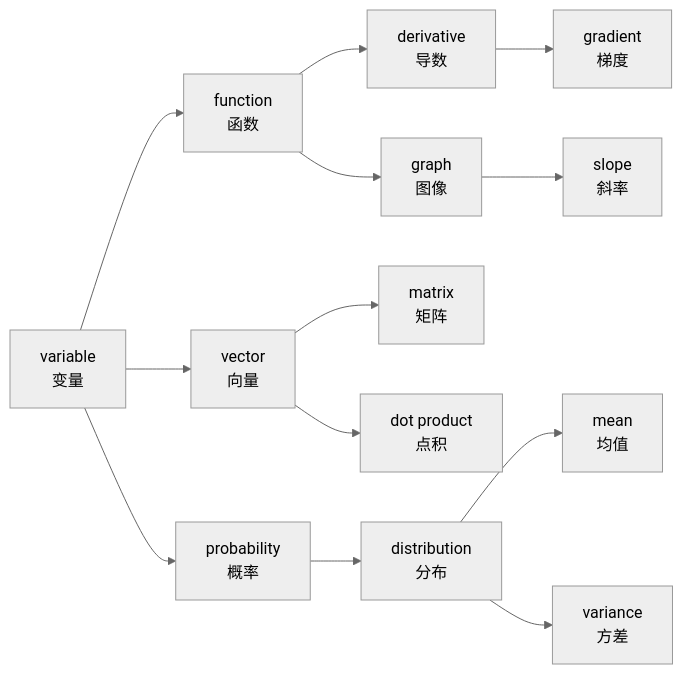
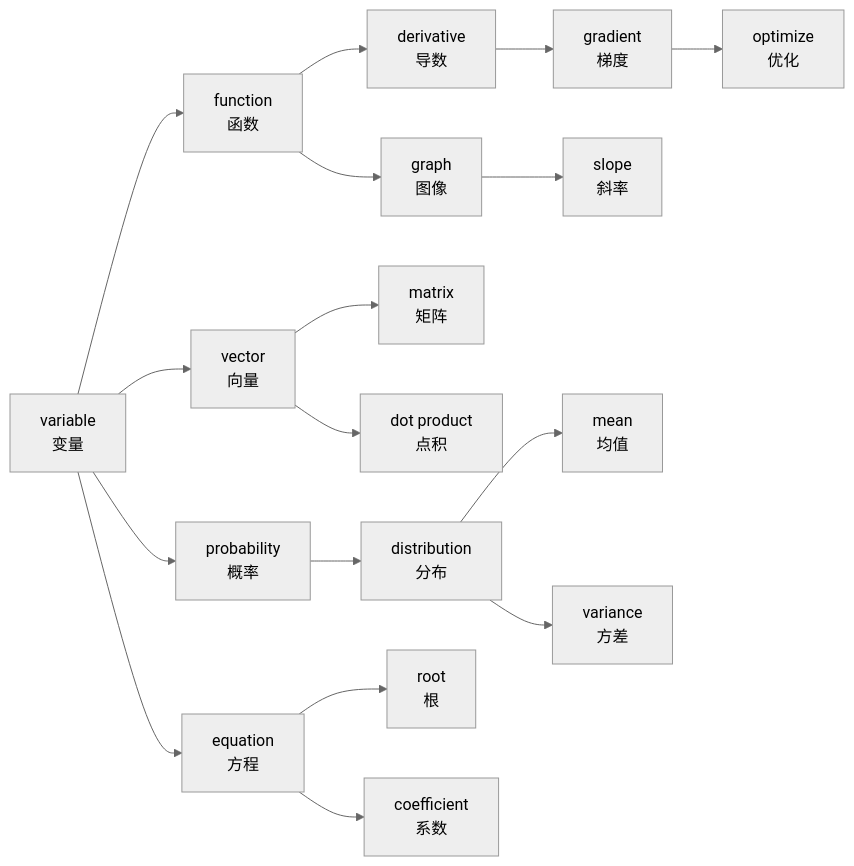
The diagram in 00_高中复习/02_英语基础/01_技术词汇/01_数学英文词汇/01_数学英文词汇.md (qq940500529/Artificial_Intelligence_Tutorial_CN), drawn with Mermaid (neutral theme) before and after one commit. The commit also changed other lines of this file and 4 other files, not shown here.

````diff
--- a/00_高中复习/02_英语基础/01_技术词汇/01_数学英文词汇/01_数学英文词汇.md
+++ b/00_高中复习/02_英语基础/01_技术词汇/01_数学英文词汇/01_数学英文词汇.md
@@ -134,15 +224,19 @@
 ```mermaid
 graph LR
     A[variable<br>变量] --> B[function<br>函数]
     B --> C[derivative<br>导数]
     C --> D[gradient<br>梯度]
-    B --> E[graph<br>图像]
-    E --> F[slope<br>斜率]
-    A --> G[vector<br>向量]
-    G --> H[matrix<br>矩阵]
-    G --> I[dot product<br>点积]
-    A --> J[probability<br>概率]
-    J --> K[distribution<br>分布]
-    K --> L[mean<br>均值]
-    K --> M[variance<br>方差]
+    D --> E[optimize<br>优化]
+    B --> F[graph<br>图像]
+    F --> G[slope<br>斜率]
+    A --> H[vector<br>向量]
+    H --> I[matrix<br>矩阵]
+    H --> J[dot product<br>点积]
+    A --> K[probability<br>概率]
+    K --> L[distribution<br>分布]
+    L --> M[mean<br>均值]
+    L --> N[variance<br>方差]
+    A --> O[equation<br>方程]
+    O --> P[root<br>根]
+    O --> Q[coefficient<br>系数]
 ```
````
